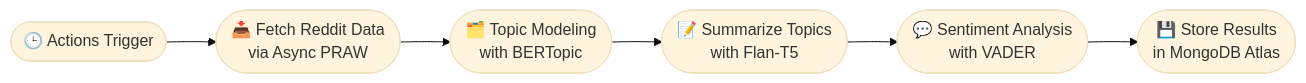
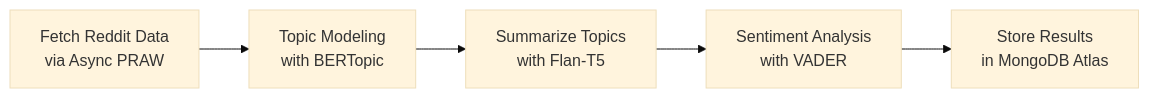
The first of 2 diagrams in README.md (ohjelmistoprojekti-ii-reddit-app/reddit-app-backend), drawn with Mermaid (base theme) before and after one commit. The commit also changed other lines of this file, not shown here.

Commit message:
Update links and mermaid charts in README

````diff
--- a/README.md
+++ b/README.md
@@ -634,8 +629,7 @@
 ```mermaid
 flowchart LR
-    A([🕒  Actions Trigger]) --> B([📥  Fetch Reddit Data<br>via Async PRAW])
-    B --> C([🗂️  Topic Modeling<br>with BERTopic])
-    C --> D([📝  Summarize Topics<br>with Flan-T5])
-    D --> E([💬  Sentiment Analysis<br>with VADER])
-    E --> F([💾  Store Results<br>in MongoDB Atlas])
+    A[Fetch Reddit Data<br>via Async PRAW] --> B[Topic Modeling<br>with BERTopic]
+    B --> C[Summarize Topics<br>with Flan-T5]
+    C --> D[Sentiment Analysis<br>with VADER]
+    D --> E[Store Results<br>in MongoDB Atlas]
 ```
````
